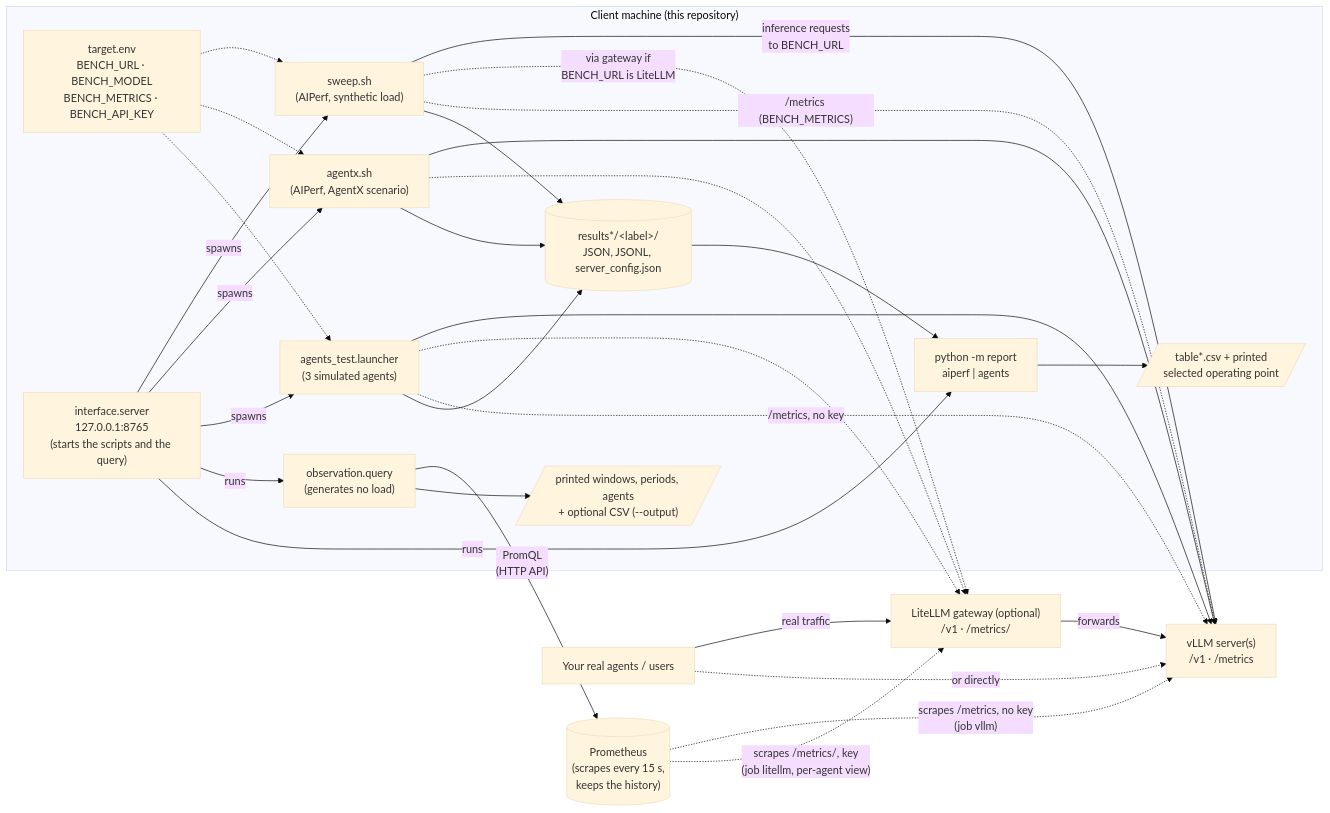
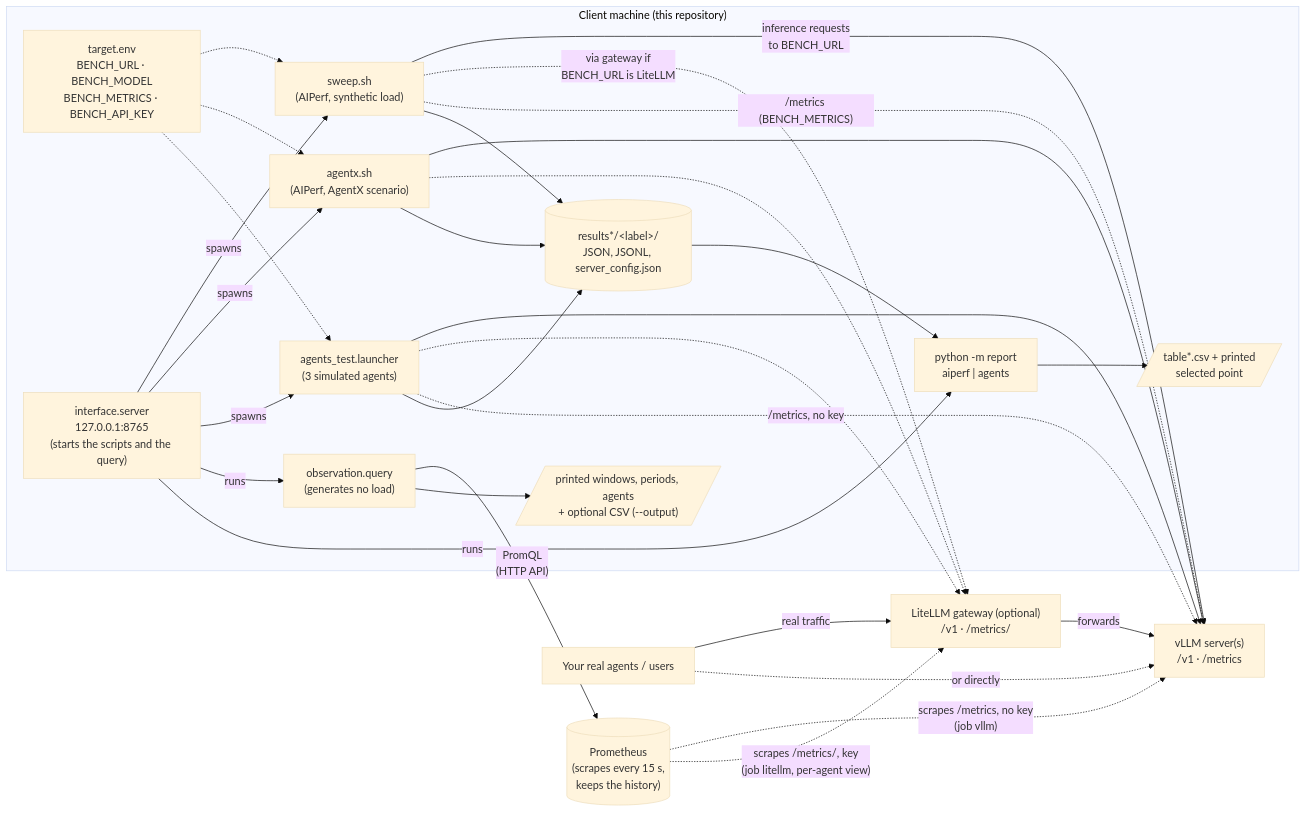
One commit to Shevehs/banc-gpu changed the diagram in README.md. Above: the diagram before and after it, drawn with Mermaid (base theme). The commit also changed other lines of this file and 11 other files, not shown here.

````diff
--- a/README.md
+++ b/README.md
@@ -180,50 +180,50 @@
 ```mermaid
 flowchart LR
   subgraph client["Client machine (this repository)"]
     env["target.env<br/>BENCH_URL · BENCH_MODEL<br/>BENCH_METRICS · BENCH_API_KEY"]
     sweep["sweep.sh<br/>(AIPerf, synthetic load)"]
     agentx["agentx.sh<br/>(AIPerf, AgentX scenario)"]
     launcher["agents_test.launcher<br/>(3 simulated agents)"]
     query["observation.query<br/>(generates no load)"]
     ui["interface.server<br/>127.0.0.1:8765<br/>(starts the scripts and the query)"]
     results[("results*/&lt;label&gt;/<br/>JSON, JSONL, server_config.json")]
     report["python -m report<br/>aiperf | agents"]
-    tables[/"table*.csv + printed<br/>selected operating point"/]
+    tables[/"table*.csv + printed<br/>selected point"/]
     windows[/"printed windows, periods, agents<br/>+ optional CSV (--output)"/]
   end
   prom[("Prometheus<br/>(scrapes every 15 s,<br/>keeps the history)")]
   gw["LiteLLM gateway (optional)<br/>/v1 · /metrics/"]
   vllm["vLLM server(s)<br/>/v1 · /metrics"]
   yours["Your real agents / users"]
 
   env -.-> sweep
   env -.-> agentx
   env -.-> launcher
   ui -->|spawns| sweep
   ui -->|spawns| agentx
   ui -->|spawns| launcher
   ui -->|runs| query
   ui -->|runs| report
 
   sweep -->|"inference requests<br/>to BENCH_URL"| vllm
   agentx --> vllm
   launcher --> vllm
   sweep -.->|"via gateway if<br/>BENCH_URL is LiteLLM"| gw
   agentx -.-> gw
   launcher -.-> gw
   gw -->|forwards| vllm
   yours -->|real traffic| gw
   yours -.->|or directly| vllm
 
   sweep -. "/metrics (BENCH_METRICS)" .-> vllm
   launcher -. "/metrics, no key" .-> vllm
   prom -. "scrapes /metrics, no key<br/>(job vllm)" .-> vllm
   prom -. "scrapes /metrics/, key<br/>(job litellm, per-agent view)" .-> gw
   query -->|"PromQL<br/>(HTTP API)"| prom
   query --> windows
 
   sweep --> results
   agentx --> results
   launcher --> results
   results --> report --> tables
 ```
````
